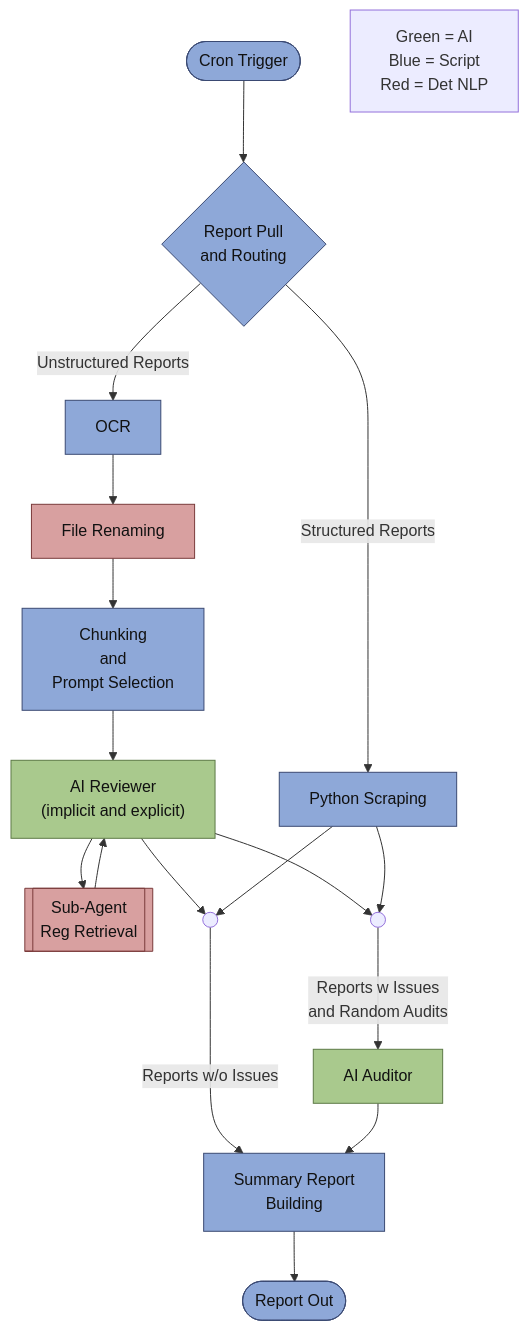
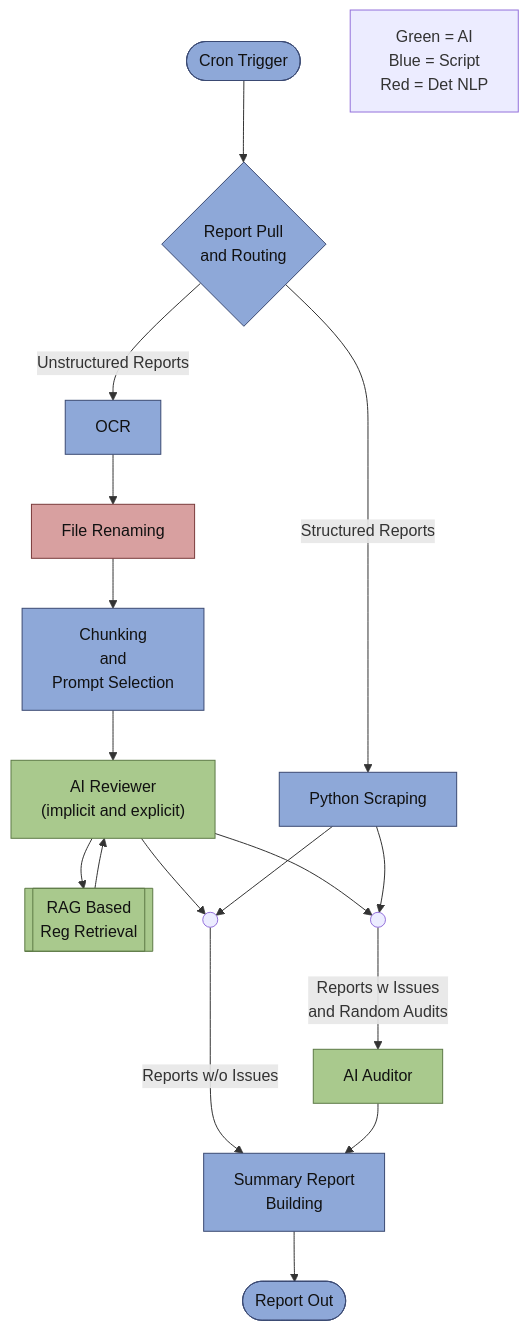
The diagram in docs/flow_charts/full_pipeline_chart.md (ChristopherAppier/WebFIRE_Review), drawn with Mermaid before and after one commit. The commit also changed 9 other files, not shown here.

````diff
--- a/docs/flow_charts/full_pipeline_chart.md
+++ b/docs/flow_charts/full_pipeline_chart.md
@@ -1,47 +1,47 @@
 ```mermaid
 flowchart TB
 
 	%% Defining the nodes and their labels
 	TGR([Cron Trigger])
 	RPR{Report Pull<br/>and Routing}
 	OCR[OCR]
 	FRC[File Renaming]
 	CAP[Chunking<br/>and<br/>Prompt Selection]
 	AIR["AI Reviewer<br/>(implicit and explicit)"]
-	SAG[[Sub-Agent<br/>Reg Retrieval]]
+	RAG[[RAG Based<br/>Reg Retrieval]]
 	JCT1(( ))
 	JCT2(( ))
 	AIA[AI Auditor]
 	PS[Python Scraping]
 	SRB[Summary Report<br/>Building]
 	RO([Report Out])
 	TEXT[Green = AI<br/>Blue = Script<br/>Red = Det NLP]
 
 	%% Linking the nodes
 	TGR --> RPR
 	RPR -- Unstructured Reports --> OCR
 	OCR --> FRC
 	RPR -- Structured Reports --> PS
 	FRC --> CAP
 	CAP --> AIR
-	AIR --> SAG
-	SAG --> AIR
+	AIR --> RAG
+	RAG --> AIR
 	AIR --> JCT2
 	AIR --> JCT1
 	PS --> JCT1
 	JCT1 -- Reports w Issues<br/>and Random Audits --> AIA
 	PS --> JCT2
 	JCT2 -- Reports w/o Issues --> SRB
 	AIA --> SRB
 	SRB --> RO
 
 	%% Create classes for the node colors
 	classDef blue fill:#8EA8D8,stroke:#3B4A73,color:#111,stroke-width:1px;
 	classDef green fill:#A9C98D,stroke:#5D7A46,color:#111,stroke-width:1px;
 	classDef red fill:#D8A0A0,stroke:#7A3B3B,color:#111,stroke-width:1px;
 
 	%% Assigning the nodes to their classes
 	class TGR,RPR,PS,CAP,SRB,RO,OCR blue;
-	class AIR,AIA green;
-	class FRC,SAG red;
+	class AIR,AIA,RAG green;
+	class FRC red;
 ```
````
